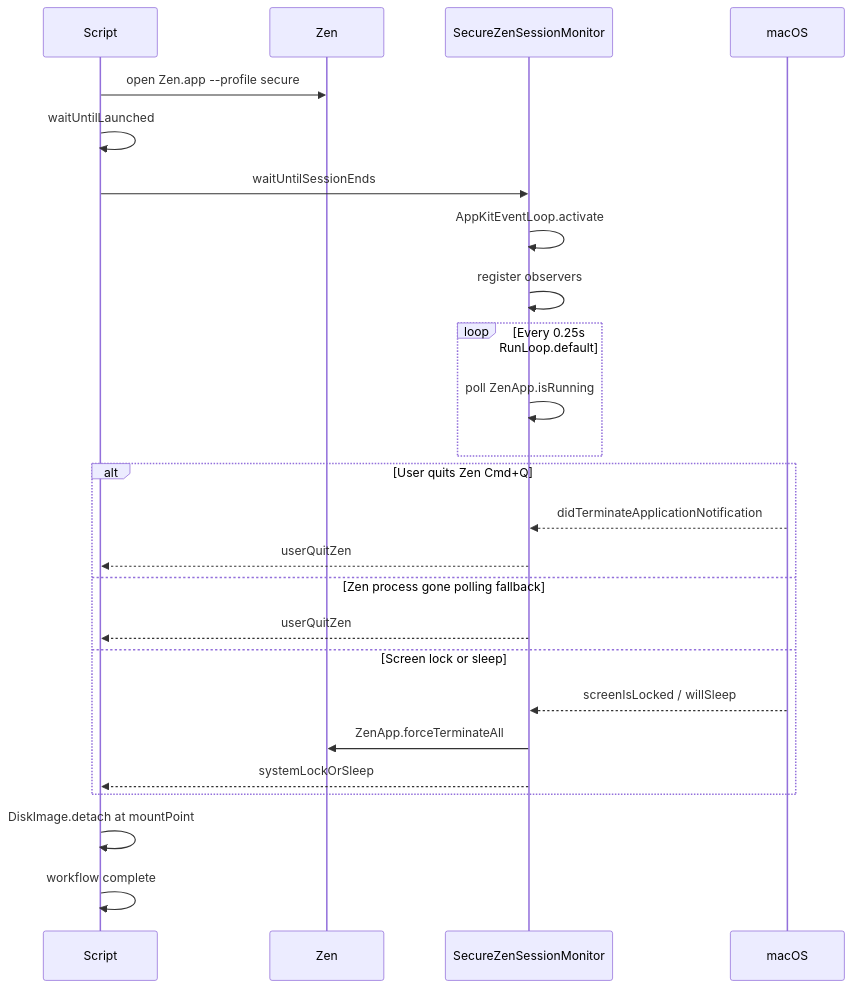
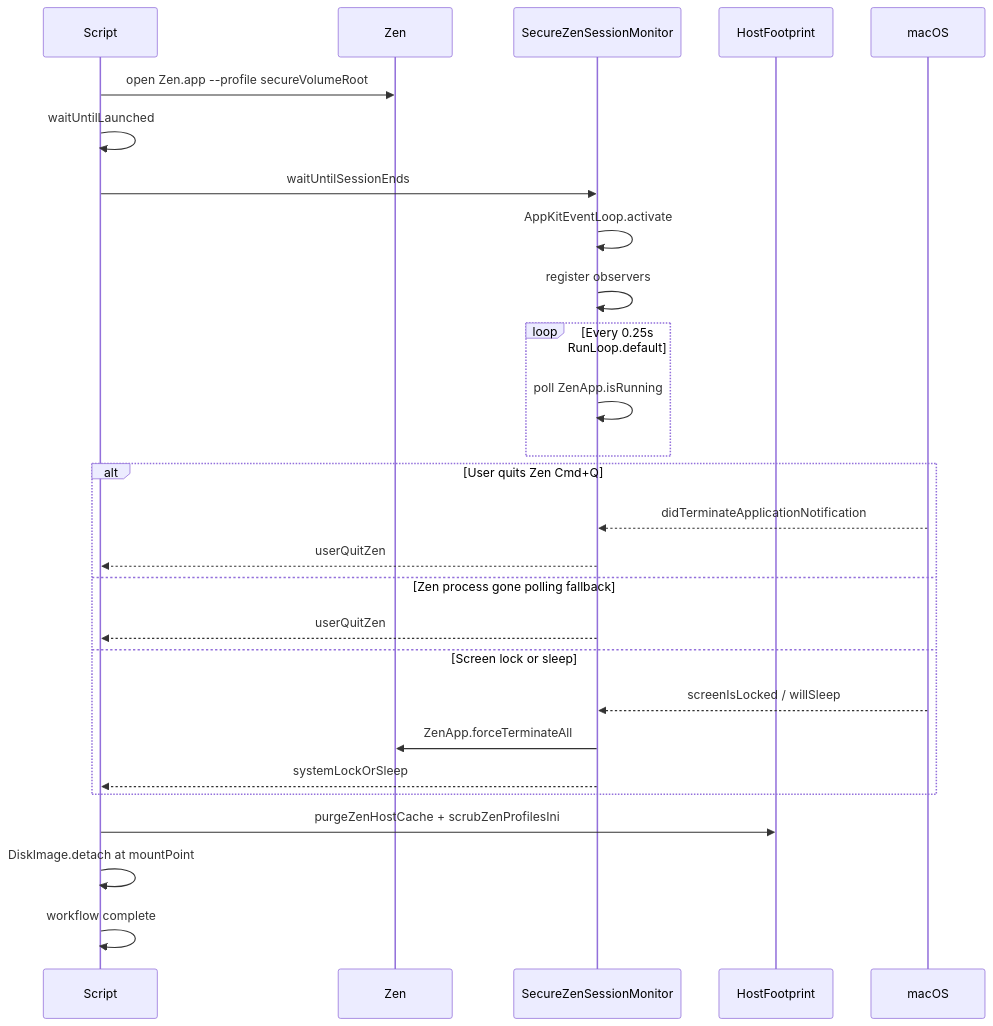
The third of 6 diagrams in პროფილი-README.md (Johann-Goncalves-Pereira/Raycast), drawn with Mermaid before and after one commit. The commit also changed other lines of this file and 1 other file, not shown here.

First line of the commit message:
refactor ✨: Enhance Zen Secure Profile management and workflow

````diff
--- a/პროფილი-README.md
+++ b/პროფილი-README.md
@@ -94,31 +98,33 @@
 ```mermaid
 sequenceDiagram
     participant Script
     participant Zen
     participant Monitor as SecureZenSessionMonitor
+    participant Footprint as HostFootprint
     participant macOS
 
-    Script->>Zen: open Zen.app --profile secure
+    Script->>Zen: open Zen.app --profile secureVolumeRoot
     Script->>Script: waitUntilLaunched
     Script->>Monitor: waitUntilSessionEnds
     Monitor->>Monitor: AppKitEventLoop.activate
     Monitor->>Monitor: register observers
 
     loop Every 0.25s RunLoop.default
         Monitor->>Monitor: poll ZenApp.isRunning
     end
 
     alt User quits Zen Cmd+Q
         macOS-->>Monitor: didTerminateApplicationNotification
         Monitor-->>Script: userQuitZen
     else Zen process gone polling fallback
         Monitor-->>Script: userQuitZen
     else Screen lock or sleep
         macOS-->>Monitor: screenIsLocked / willSleep
         Monitor->>Zen: ZenApp.forceTerminateAll
         Monitor-->>Script: systemLockOrSleep
     end
 
+    Script->>Footprint: purgeZenHostCache + scrubZenProfilesIni
     Script->>Script: DiskImage.detach at mountPoint
     Script->>Script: workflow complete
 ```
````
